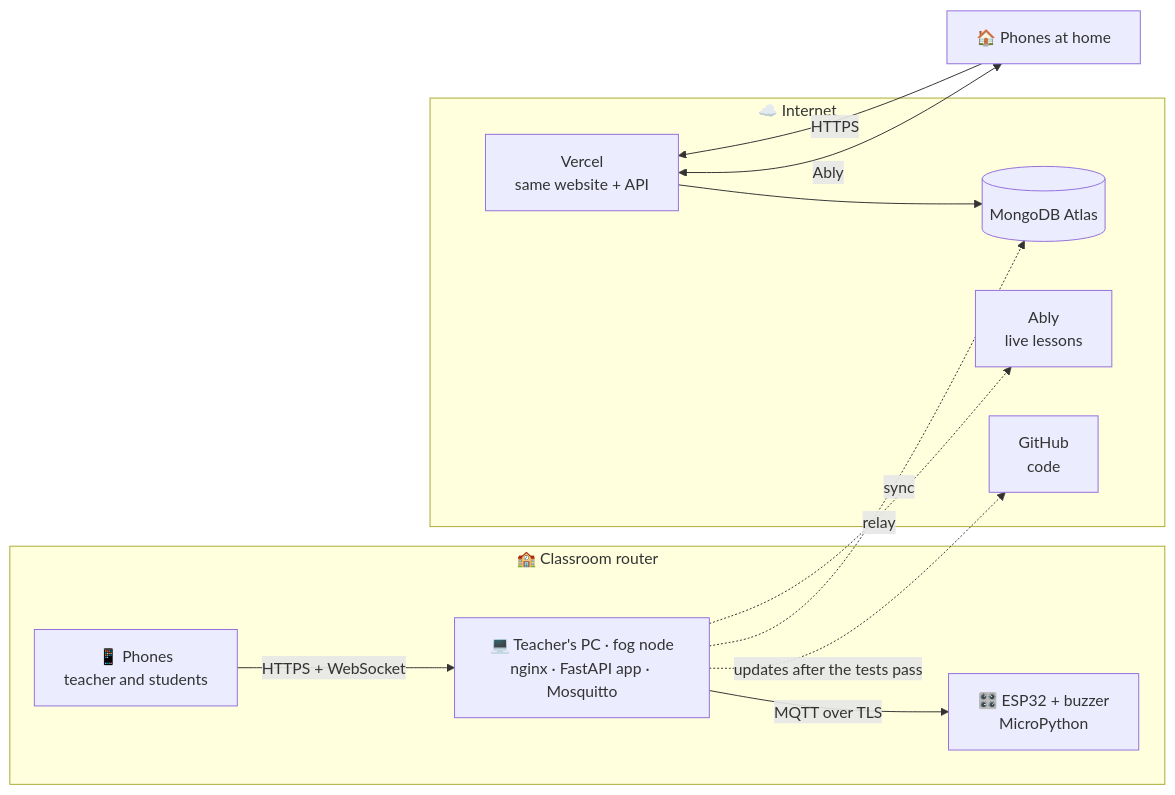
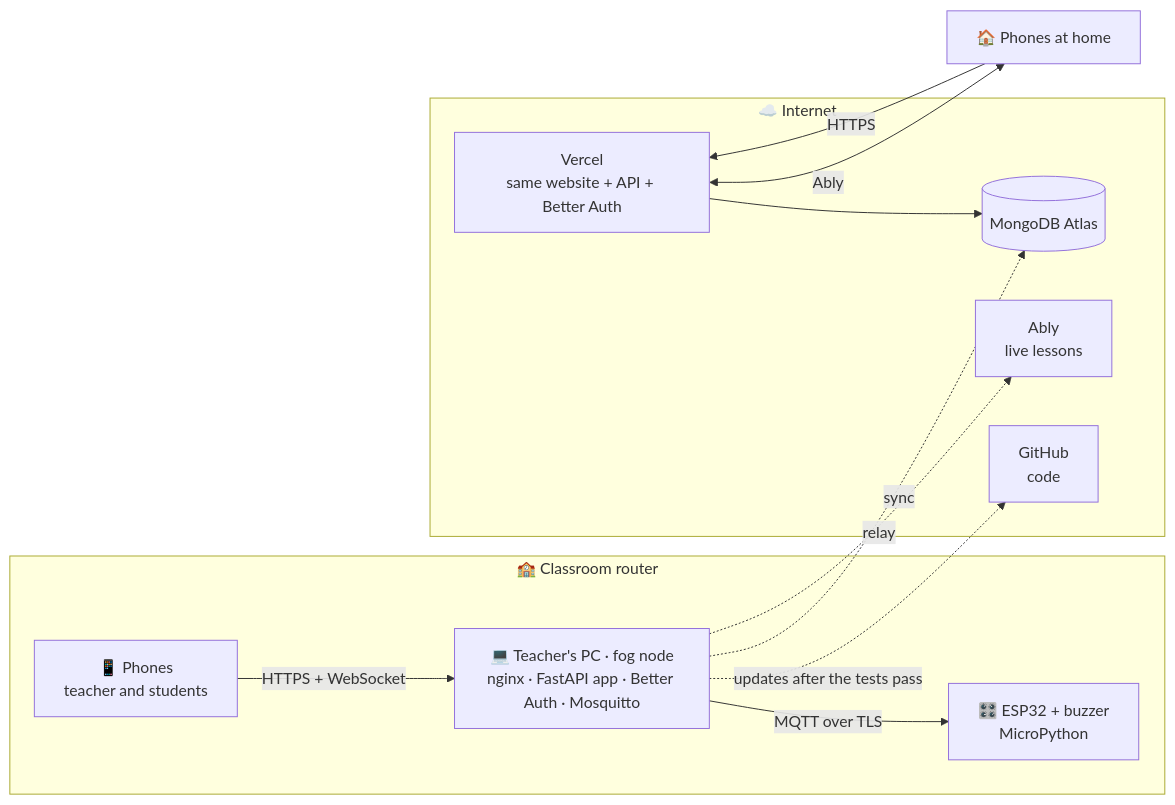
The first of 4 diagrams in README.md (Pablo-Caballero-Maria/piano), drawn with Mermaid before and after one commit. The commit also changed other lines of this file and 5 other files, not shown here.

Commit message:
1.2.0: Better Auth, light theme, offline page (README, web/README, changelog)

````diff
--- a/README.md
+++ b/README.md
@@ -72,23 +75,23 @@
 ```mermaid
 flowchart LR
     subgraph Classroom["🏫 Classroom router"]
         P["📱 Phones<br/>teacher and students"]
-        PC["💻 Teacher's PC · fog node<br/>nginx · FastAPI app · Mosquitto"]
+        PC["💻 Teacher's PC · fog node<br/>nginx · FastAPI app · Better Auth · Mosquitto"]
         B["🎛️ ESP32 + buzzer<br/>MicroPython"]
         P -- "HTTPS + WebSocket" --> PC
         PC -- "MQTT over TLS" --> B
     end
     subgraph Internet["☁️ Internet"]
         GH["GitHub<br/>code"]
         AT[("MongoDB Atlas")]
         AB["Ably<br/>live lessons"]
-        V["Vercel<br/>same website + API"]
+        V["Vercel<br/>same website + API + Better Auth"]
     end
     H["🏠 Phones at home"]
     PC -. "updates after the tests pass" .-> GH
     PC -. "sync" .-> AT
     PC -. "relay" .-> AB
     H -- HTTPS --> V
     V --> AT
     V <-- "Ably" --> H
 ```
````
